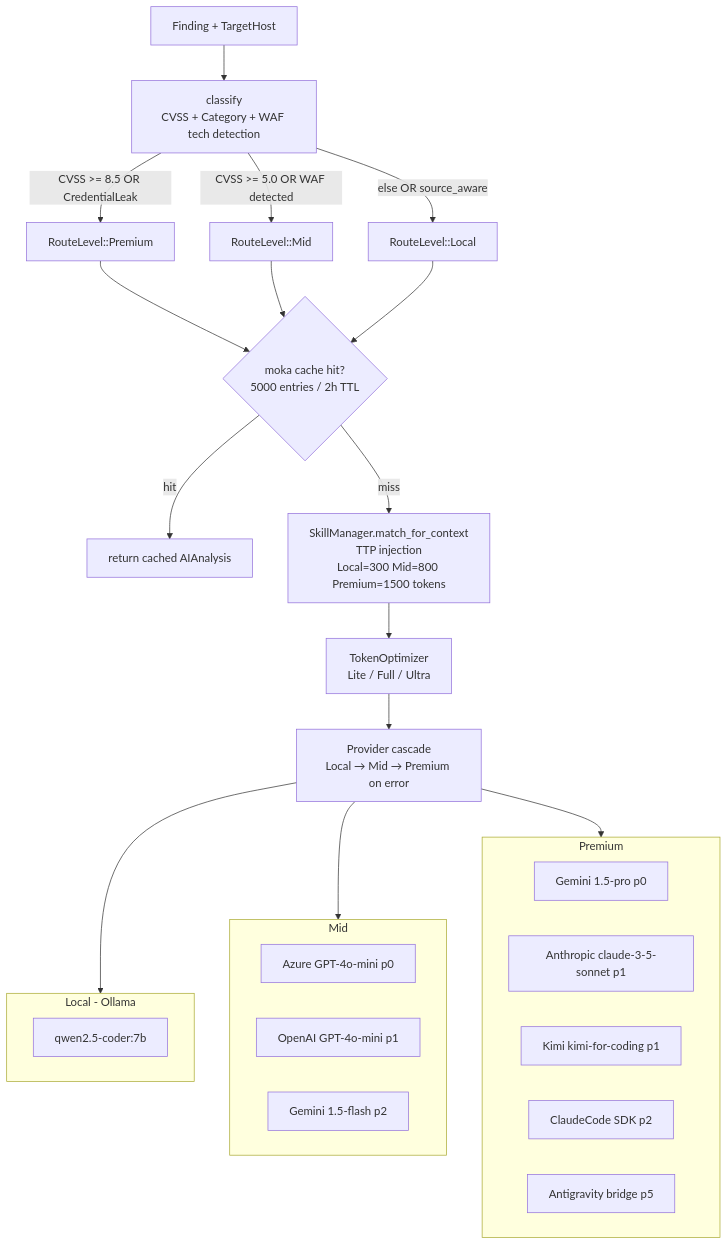
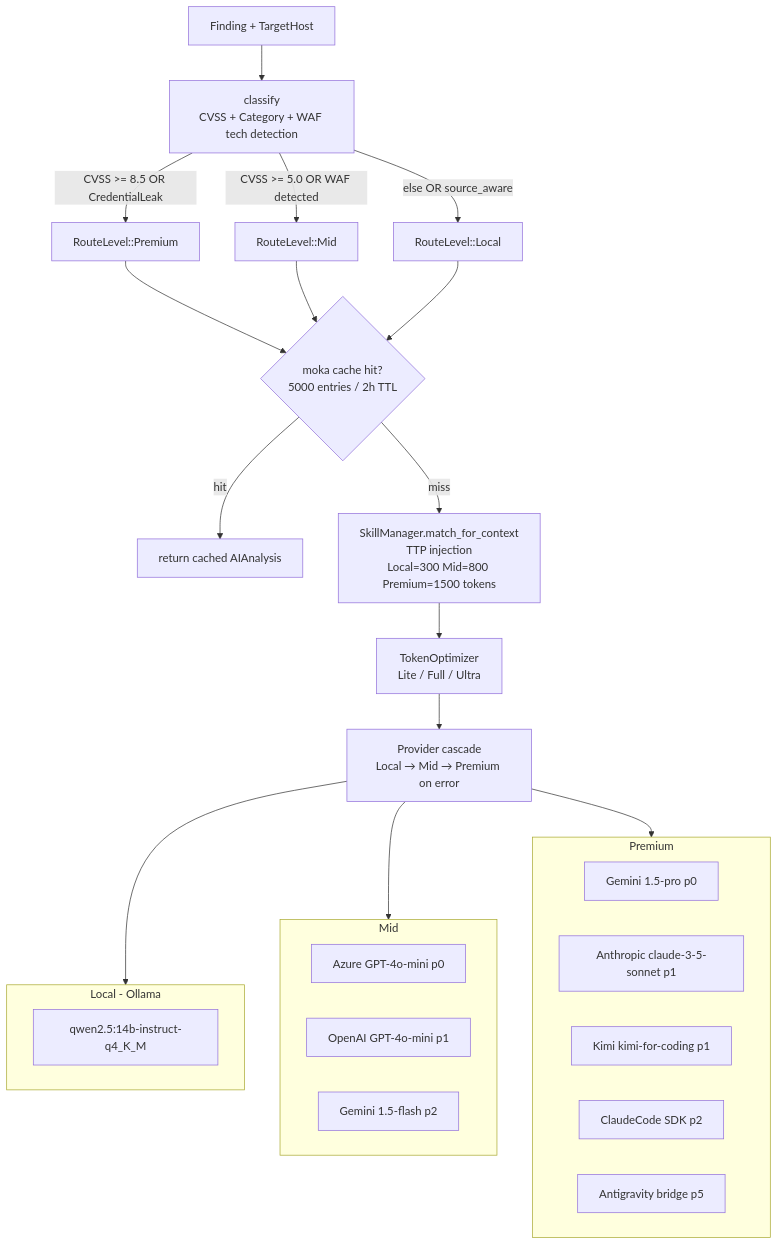
Before and after one commit to kripiman/OsintUltimate: the sixth of 9 diagrams in redteam_rust_core/DOCS/ARCHITECTURE.md, drawn with Mermaid. The commit also changed other lines of this file, not shown here.

First line of the commit message:
docs(ARCHITECTURE): Tier0 model qwen2.5-coder:7b → qwen2.5:14b-instruct-q4_K_M

````diff
--- a/redteam_rust_core/DOCS/ARCHITECTURE.md
+++ b/redteam_rust_core/DOCS/ARCHITECTURE.md
@@ -160,31 +160,31 @@
 ```mermaid
 flowchart TD
     F["Finding + TargetHost"] --> CL["classify<br/>CVSS + Category + WAF tech detection"]
     CL -->|CVSS >= 8.5 OR CredentialLeak| PR["RouteLevel::Premium"]
     CL -->|CVSS >= 5.0 OR WAF detected| MI["RouteLevel::Mid"]
     CL -->|else OR source_aware| LO["RouteLevel::Local"]
 
     PR & MI & LO --> CACHE{"moka cache hit?<br/>5000 entries / 2h TTL"}
     CACHE -- hit --> RET["return cached AIAnalysis"]
     CACHE -- miss --> SK["SkillManager.match_for_context<br/>TTP injection<br/>Local=300 Mid=800 Premium=1500 tokens"]
     SK --> TO["TokenOptimizer<br/>Lite / Full / Ultra"]
     TO --> CASCADE["Provider cascade<br/>Local → Mid → Premium on error"]
 
     subgraph Tier0["Local - Ollama"]
-        OL["qwen2.5-coder:7b"]
+        OL["qwen2.5:14b-instruct-q4_K_M"]
     end
     subgraph Tier1["Mid"]
         AZ["Azure GPT-4o-mini p0"]
         OA["OpenAI GPT-4o-mini p1"]
         GF["Gemini 1.5-flash p2"]
     end
     subgraph Tier2["Premium"]
         GP["Gemini 1.5-pro p0"]
         AN["Anthropic claude-3-5-sonnet p1"]
         KI["Kimi kimi-for-coding p1"]
         CC["ClaudeCode SDK p2"]
         AG["Antigravity bridge p5"]
     end
 
     CASCADE --> Tier0 & Tier1 & Tier2
 ```
````
